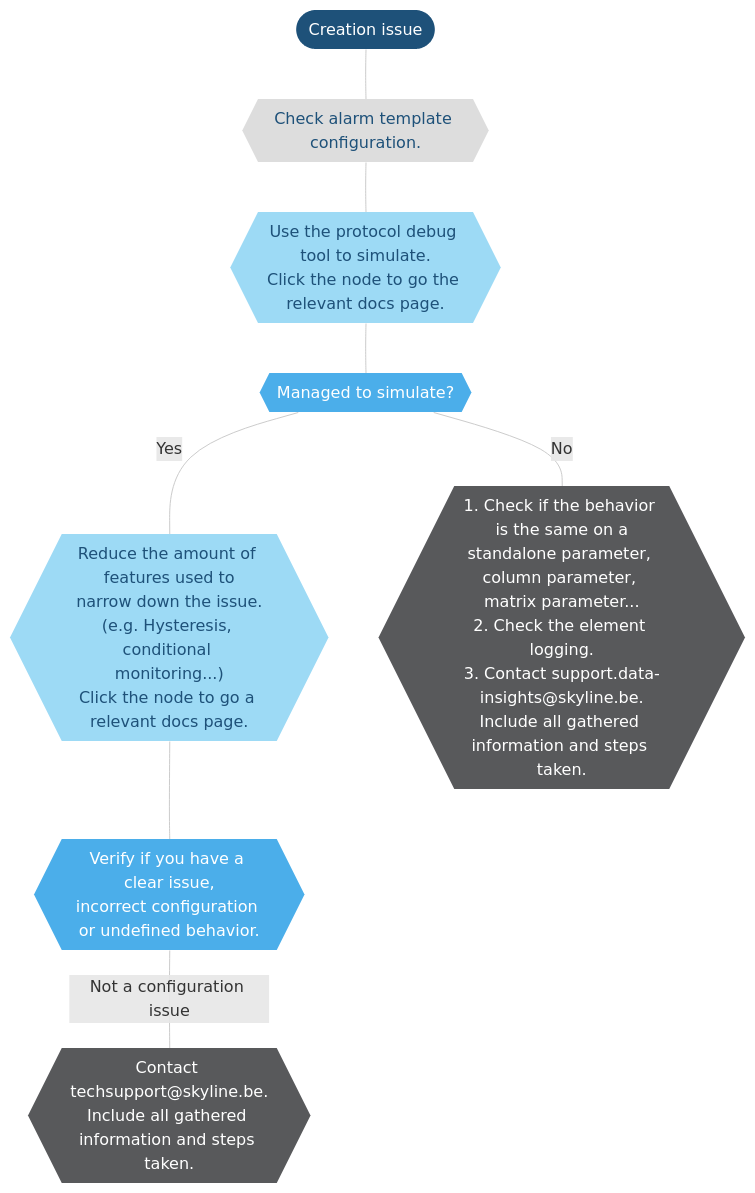
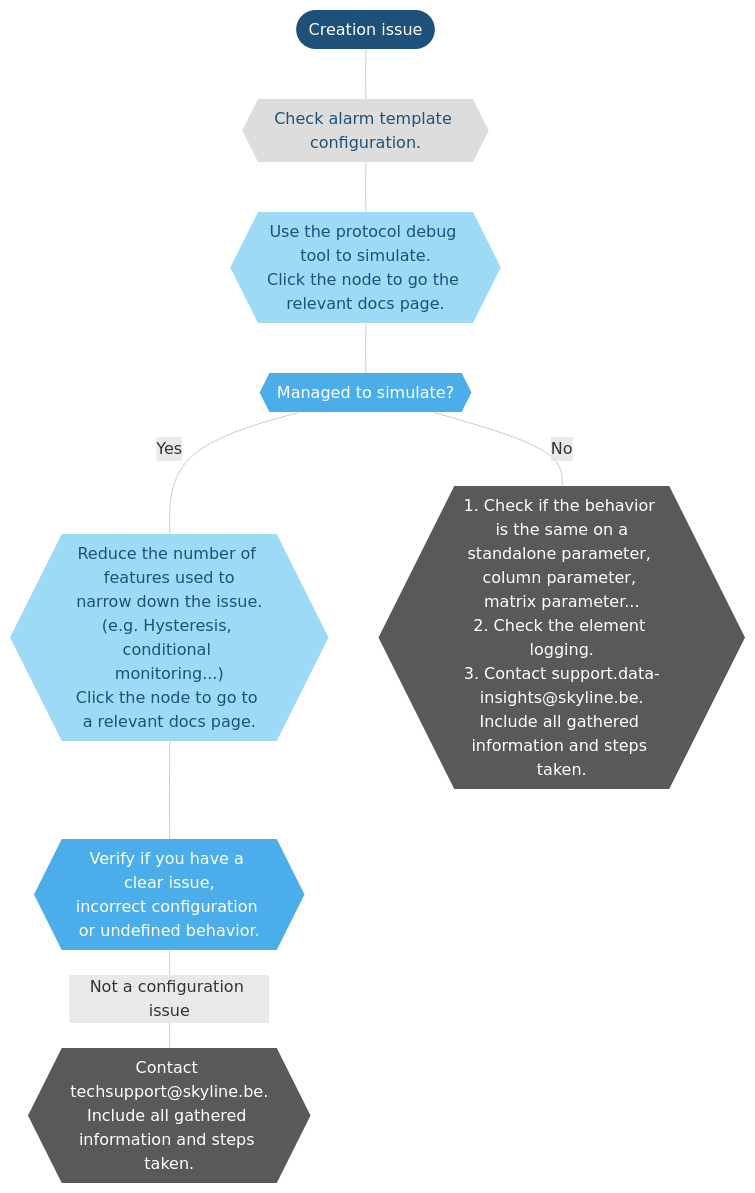
Before and after one commit to SkylineCommunications/dataminer-docs: the third of 3 diagrams in user-guide/Troubleshooting/Troubleshooting_Flowcharts/Troubleshooting_Alarms.md, drawn with Mermaid. The commit also changed 11 other files, not shown here.

```diff
--- a/user-guide/Troubleshooting/Troubleshooting_Flowcharts/Troubleshooting_Alarms.md
+++ b/user-guide/Troubleshooting/Troubleshooting_Flowcharts/Troubleshooting_Alarms.md
@@ -96,39 +96,39 @@
 <div class="mermaid">
 flowchart TD
 %% Define styles %%
 linkStyle default stroke:#cccccc
 classDef classTerminal fill:#1e5179,stroke:#1e5179,color:#ffffff,stroke-width:0px;
 classDef classDecision fill:#4baeea,stroke:#4baeea,color:#ffffff,stroke-width:0px;
 classDef classExternalRef fill:#9ddaf5,stroke:#9ddaf5,color:#1E5179,stroke-width:0px;
 classDef classActionClickable fill:#999999,stroke:#999999,color:#ffffff,stroke-width:0px;
 classDef classAction fill:#dddddd,stroke:#dddddd,color:#1E5179,stroke-width:0px;
 classDef classSolution fill:#58595b,stroke:#58595b,color:#ffffff,stroke-width:0px;
 %% Define blocks %%
 CreationIssue([Creation issue])
 AlarmTemplate{{"Check alarm template configuration."}}
 ProtocolDebug{{"Use the protocol debug tool to simulate.\nClick the node to go the relevant docs page."}}
 CanSimulate{{"Managed to simulate?"}}
-ReduceFeatures{{"Reduce the amount of features used to\nnarrow down the issue.\n(e.g. Hysteresis, conditional monitoring...)\nClick the node to go a relevant docs page."}}
+ReduceFeatures{{"Reduce the number of features used to\nnarrow down the issue.\n(e.g. Hysteresis, conditional monitoring...)\nClick the node to go to a relevant docs page."}}
 VerifyConfiguration{{"Verify if you have a clear issue,\nincorrect configuration or undefined behavior."}}
 NotFixedCOPS{{"Contact techsupport@skyline.be.\nInclude all gathered information and steps taken."}}
 ExtraInfoNotFixed{{"1. Check if the behavior is the same on a\nstandalone parameter, column parameter, matrix parameter...\n2. Check the element logging.\n3. Contact support.data-insights@skyline.be.\nInclude all gathered information and steps taken."}}
 %% Connect blocks %%
 CreationIssue --- AlarmTemplate
 AlarmTemplate --- ProtocolDebug
 ProtocolDebug --- CanSimulate
 CanSimulate --- |Yes|ReduceFeatures
 ReduceFeatures --- VerifyConfiguration
 VerifyConfiguration --- |Not a configuration issue|NotFixedCOPS
 CanSimulate --- |No|ExtraInfoNotFixed
 %% Define hyperlinks %%
 click ProtocolDebug "/user-guide/Reference/DataMiner_Tools/
 Protocol_Debug_Tools.html"
-click ReduceFeatures "/user-guide/Basic_Functionality/Protocols_and_templates/Alarm_templates/About_the_alarm_template_editor.html"
+click ReduceFeatures "/user-guide/Basic_Functionality/Protocols_and_templates/Alarm_templates/Configuring_alarm_templates/About_the_alarm_template_editor.html"
 %% Apply styles to blocks %%
 class CreationIssue classTerminal;
 class AlarmConsole,Surveyor,Apps,Trending,ProtocolDebug,ReduceFeatures classExternalRef;
 %%class classActionClickable;
 class AlarmTemplate classAction;
 class DataPresent,CanSimulate,VerifyConfiguration classDecision;
 class ExtraInfoNotFixed,NotFixedCOPS classSolution;
 </div>
```
